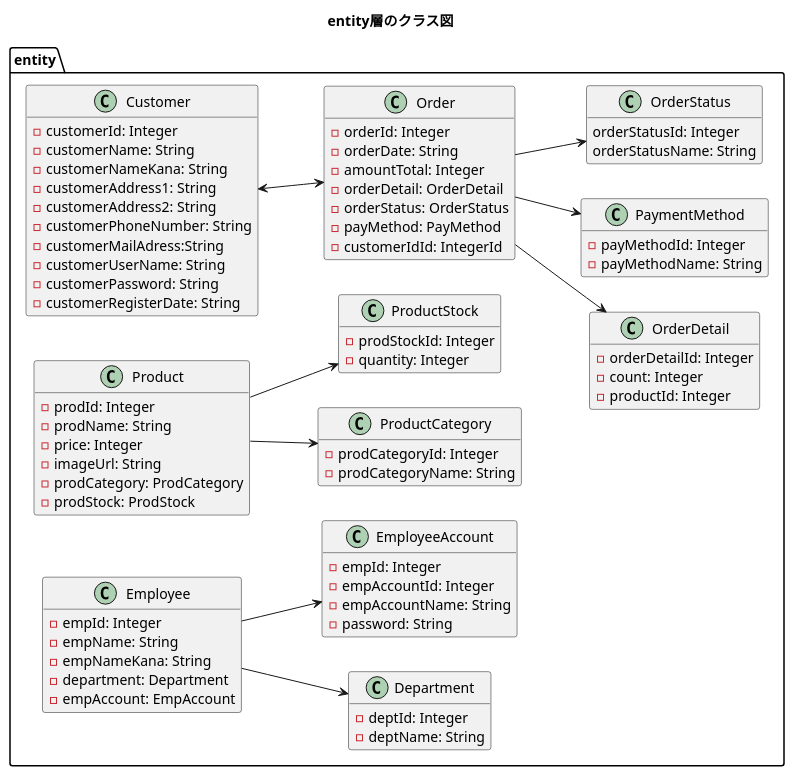
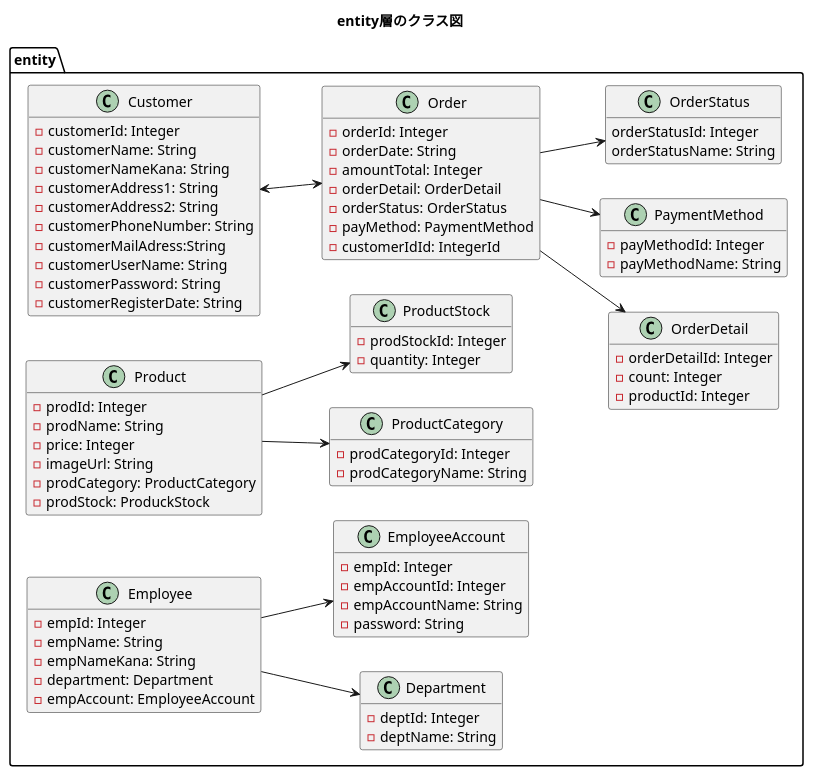
One commit to kanavii3333/ec-b changed the diagram in plan/uml/class/entity.plantuml. Above: the diagram before and after it, drawn with PlantUML. The commit also changed 8 other files, not shown here.

```diff
--- a/plan/uml/class/entity.plantuml
+++ b/plan/uml/class/entity.plantuml
@@ -1,94 +1,94 @@
 @startuml
 title entity層のクラス図
 hide empty members
 left to right direction
 
 package entity{
     class Customer{
         -customerId: Integer
         -customerName: String
         -customerNameKana: String
         -customerAddress1: String
         -customerAddress2: String
         -customerPhoneNumber: String
         -customerMailAdress:String
         -customerUserName: String
         -customerPassword: String
         -customerRegisterDate: String
     }
 
     class Order{
         -orderId: Integer
         -orderDate: String
         -amountTotal: Integer
         -orderDetail: OrderDetail
         -orderStatus: OrderStatus
-        -payMethod: PayMethod
+        -payMethod: PaymentMethod
         -customerIdId: IntegerId
     }
 
     class OrderDetail{
         -orderDetailId: Integer
         -count: Integer
         -productId: Integer
     }
     
     class PaymentMethod{
     	-payMethodId: Integer
     	-payMethodName: String
     }
 
     class OrderStatus{
         orderStatusId: Integer
         orderStatusName: String
     }
 
     class Product{
         -prodId: Integer
         -prodName: String
         -price: Integer
         -imageUrl: String
-        -prodCategory: ProdCategory
-        -prodStock: ProdStock
+        -prodCategory: ProductCategory
+        -prodStock: ProduckStock
     }
 
     class ProductCategory{
         -prodCategoryId: Integer
         -prodCategoryName: String
     }
 
     class ProductStock{
         -prodStockId: Integer
         -quantity: Integer
     }
 
     class Employee{
         -empId: Integer
         -empName: String
         -empNameKana: String
         -department: Department
-        -empAccount: EmpAccount
+        -empAccount: EmployeeAccount
     }
 
     class Department{
         -deptId: Integer
         -deptName: String
     }
 
     class EmployeeAccount{
     	-empId: Integer
         -empAccountId: Integer
         -empAccountName: String
         -password: String
     }
 }
 
 Customer <--> Order
 Order --> OrderStatus
 Order --> OrderDetail
 Order --> PaymentMethod
 Product --> ProductStock
 Product --> ProductCategory
 Employee --> EmployeeAccount
 Employee --> Department
 @enduml
```
